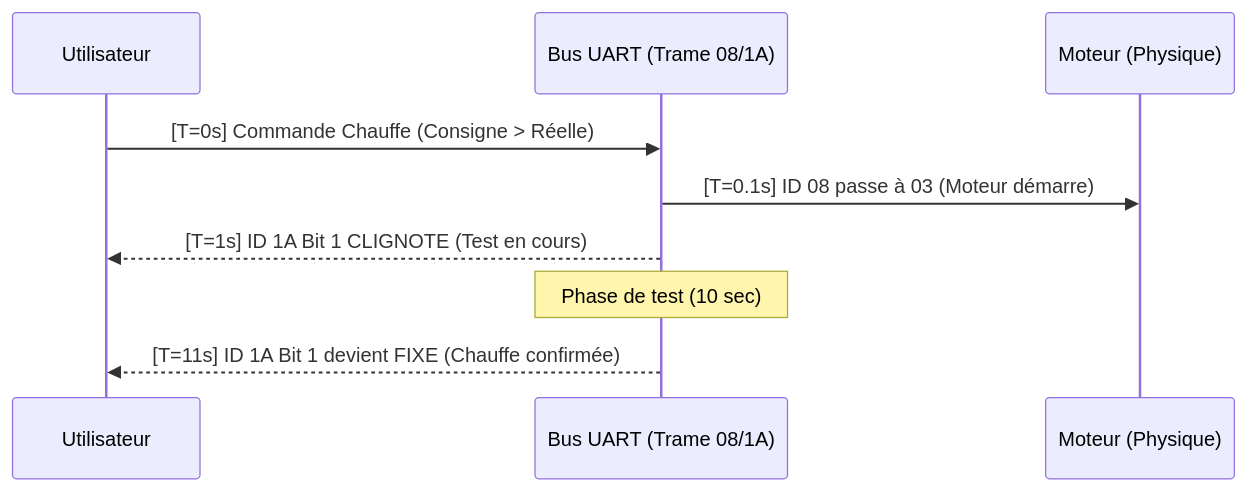
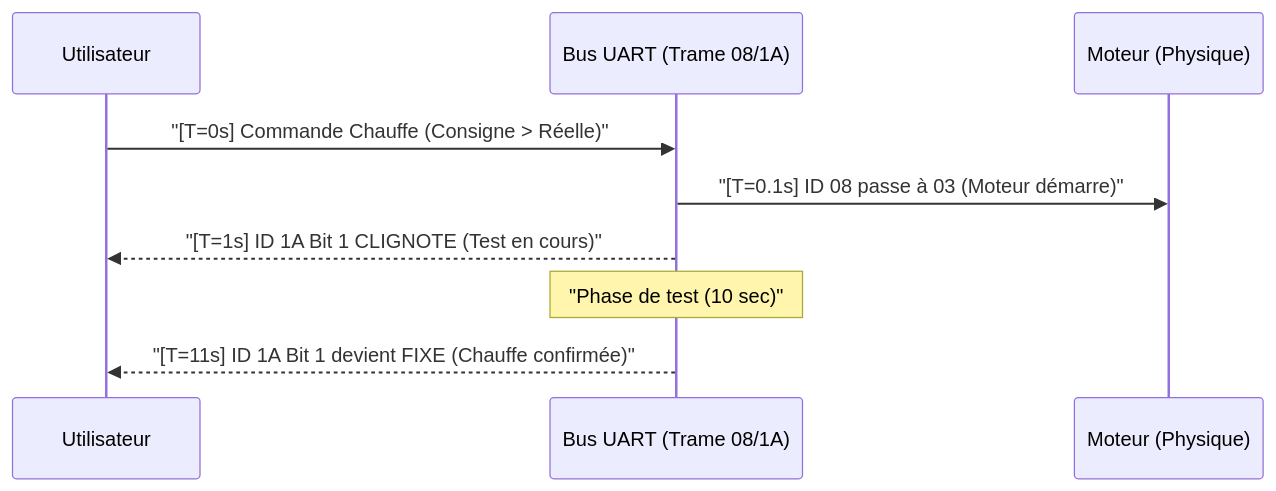
Before and after one commit to EtienneESP32/MSPA-ESP32-EEDOMUS: the second of 2 diagrams in docs/mspa_full_reverse.md, drawn with Mermaid. The commit also changed other lines of this file and 2 other files, not shown here.

Commit message:
docs: fix mermaid syntax errors for github rich display rendering

````diff
--- a/docs/mspa_full_reverse.md
+++ b/docs/mspa_full_reverse.md
@@ -94,12 +94,12 @@
 ```mermaid
 sequenceDiagram
     participant U as Utilisateur
     participant B as Bus UART (Trame 08/1A)
     participant M as Moteur (Physique)
 
-    U->>B: [T=0s] Commande Chauffe (Consigne > Réelle)
-    B->>M: [T=0.1s] ID 08 passe à 03 (Moteur démarre)
-    B-->>U: [T=1s] ID 1A Bit 1 CLIGNOTE (Test en cours)
-    Note over B: Phase de test (10 sec)
-    B-->>U: [T=11s] ID 1A Bit 1 devient FIXE (Chauffe confirmée)
+    U->>B: "[T=0s] Commande Chauffe (Consigne > Réelle)"
+    B->>M: "[T=0.1s] ID 08 passe à 03 (Moteur démarre)"
+    B-->>U: "[T=1s] ID 1A Bit 1 CLIGNOTE (Test en cours)"
+    Note over B: "Phase de test (10 sec)"
+    B-->>U: "[T=11s] ID 1A Bit 1 devient FIXE (Chauffe confirmée)"
 ```
````
